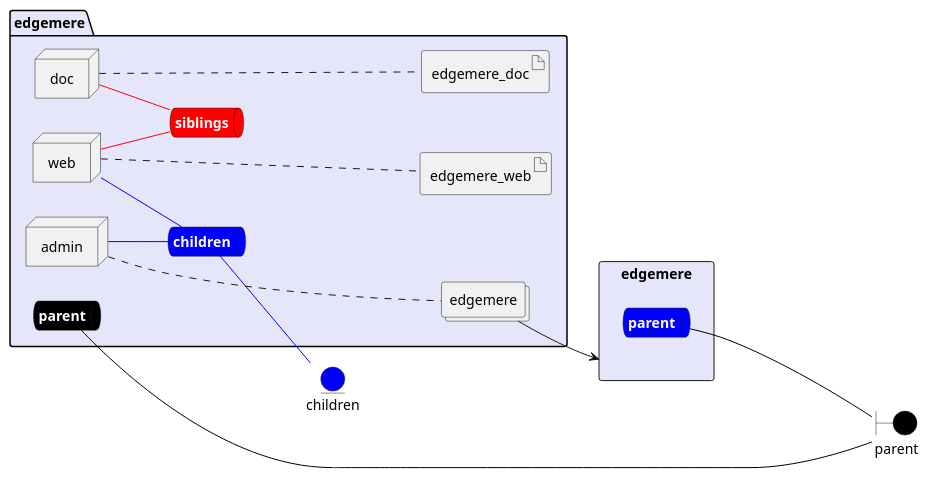
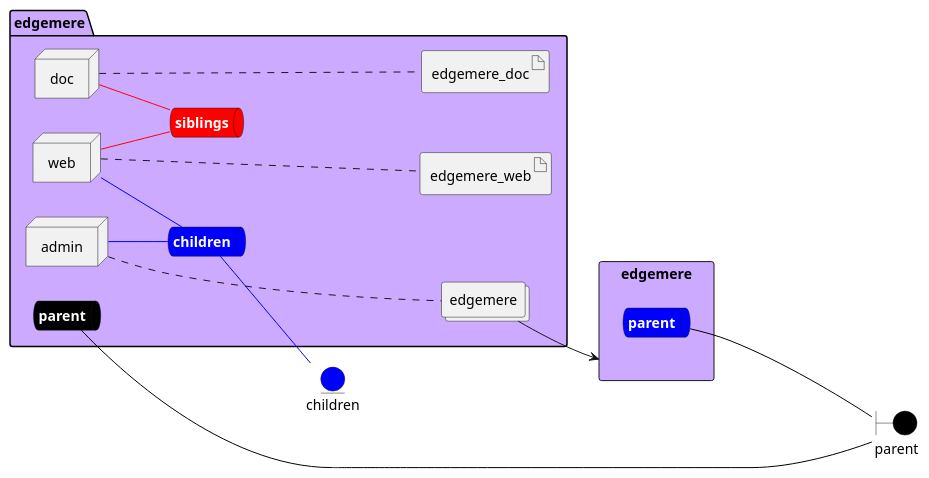
One commit to madajaju/edgemere changed the diagram in docs/edgemere/envs/local/deployment.puml. Above: the diagram before and after it, drawn with PlantUML. The commit also changed 148 other files, not shown here.

```diff
--- a/docs/edgemere/envs/local/deployment.puml
+++ b/docs/edgemere/envs/local/deployment.puml
@@ -1,65 +1,65 @@
 @startuml
 
 left to right direction
 
 
 boundary parent #black
 
 
 entity children #blue
 
-rectangle "edgemere" as edgemereStack #lavender {
+rectangle "edgemere" as edgemereStack #ccaaff {
     queue edgemereStacksnet #blue [
         <b><color:white>parent</color></b>
     ]
 }
 
 
 
-package "edgemere" #lavender {
+package "edgemere" #ccaaff {
     queue parentnet #black [
             <b><color:white>parent</color></b>
     ]
     
     parentnet -[#black]- parent
     
     queue childrennet #blue [
             <b><color:white>children</color></b>
     ]
     
     childrennet -[#blue]- children
     
     queue siblingsnet #red [
             <b><color:white>siblings</color></b>
     ]
     
 
 node "admin" as adminService
 node "web" as webService
 node "doc" as docService
 
         collections "edgemere" as edgemereimage
     
         artifact "edgemere_web" as edgemere_webimage
     
         artifact "edgemere_doc" as edgemere_docimage
     
 }
 
 adminService -[#blue]- childrennet
 
 webService -[#blue]- childrennet
 
 webService -[#red]- siblingsnet
 
 docService -[#red]- siblingsnet
 adminService .... edgemereimage
 webService .... edgemere_webimage
 docService .... edgemere_docimage
 
 edgemereimage --> edgemereStack
     
 edgemereStacksnet --[#black]-- parent
     
 
 @enduml
```
